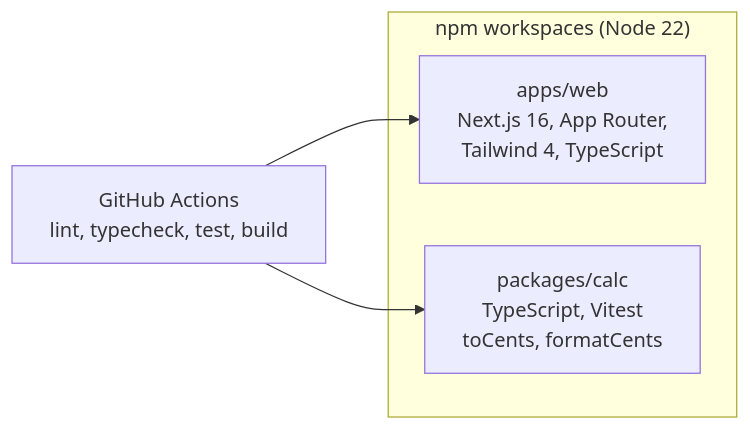
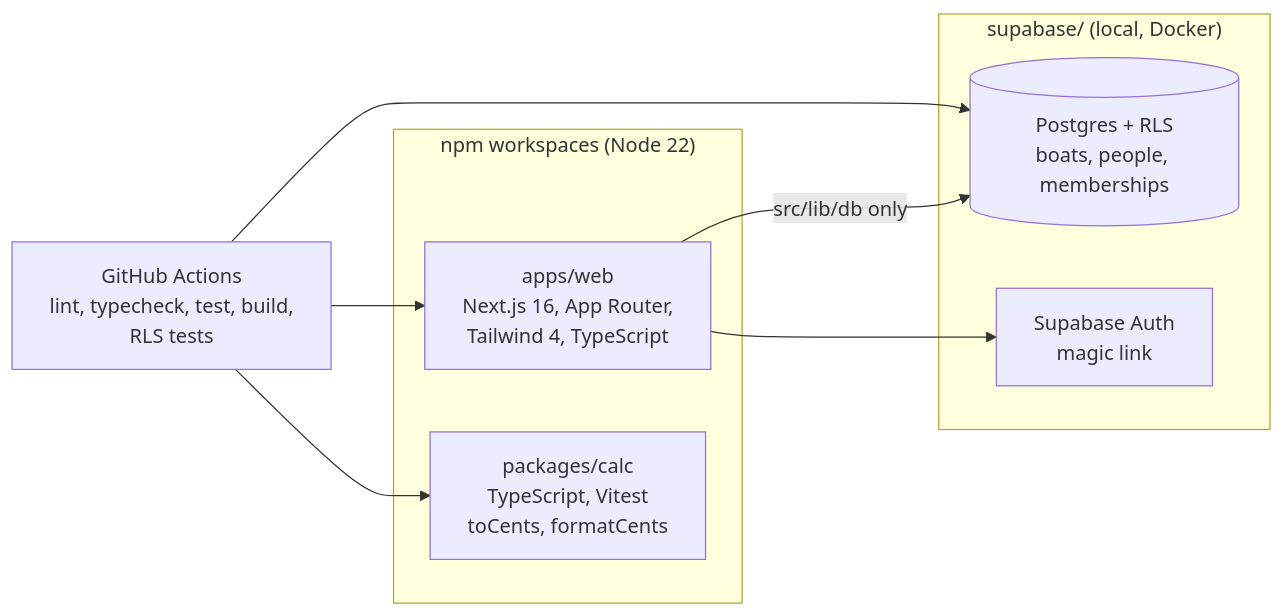
One commit to heynewton/newton changed the second of 5 diagrams in docs/architecture.md. Above: the diagram before and after it, drawn with Mermaid. The commit also changed other lines of this file and 24 other files, not shown here.

First line of the commit message:
Boats, people and roles under row-level security, with magic-link sign-in

````diff
--- a/docs/architecture.md
+++ b/docs/architecture.md
@@ -89,10 +92,17 @@
 ```mermaid
 flowchart LR
   subgraph Repo["npm workspaces (Node 22)"]
     Web["apps/web<br/>Next.js 16, App Router,<br/>Tailwind 4, TypeScript"]
     Calc["packages/calc<br/>TypeScript, Vitest<br/>toCents, formatCents"]
   end
-  CI["GitHub Actions<br/>lint, typecheck, test, build"]
+  subgraph Local["supabase/ (local, Docker)"]
+    DB[("Postgres + RLS<br/>boats, people, memberships")]
+    Auth["Supabase Auth<br/>magic link"]
+  end
+  Web -->|"src/lib/db only"| DB
+  Web --> Auth
+  CI["GitHub Actions<br/>lint, typecheck, test, build,<br/>RLS tests"]
   CI --> Web
   CI --> Calc
+  CI --> DB
 ```
````
